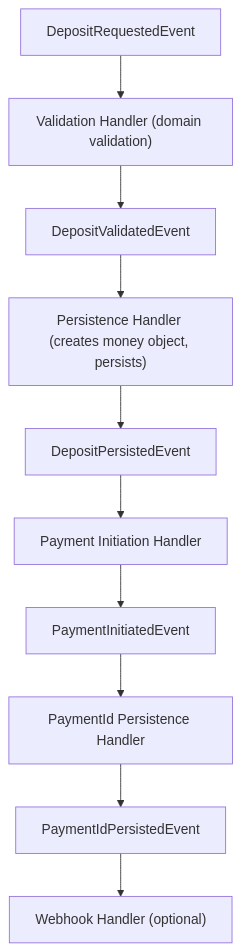
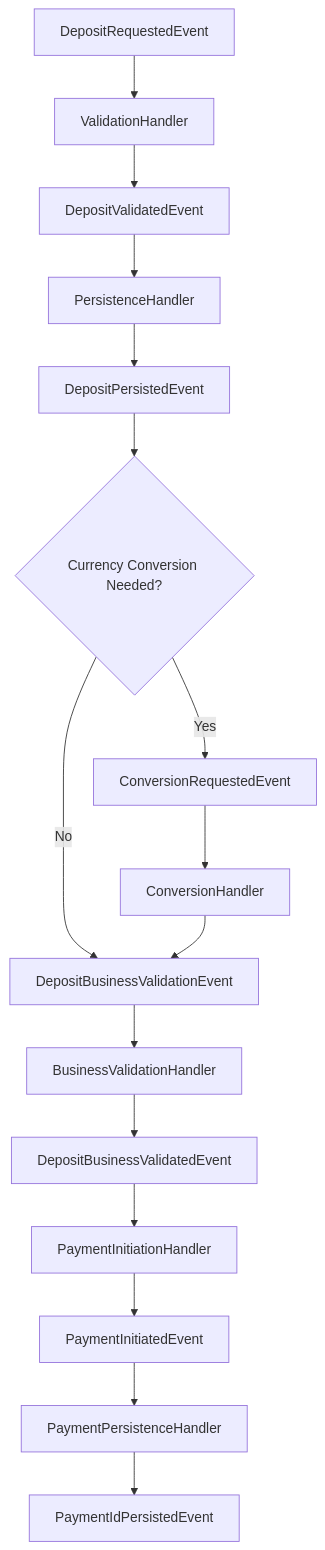
Before and after one commit to amirasaad/fintech: the second of 2 diagrams in docs/refactoring/event-driven-deposit-flow.md, drawn with Mermaid. The commit also changed other lines of this file and 6 other files, not shown here.

First line of the commit message:
docs(workflow): 📚 Update architecture and event-driven docs for deposits and withdrawals

````diff
--- a/docs/refactoring/event-driven-deposit-flow.md
+++ b/docs/refactoring/event-driven-deposit-flow.md
@@ -58,12 +57,18 @@
 ```mermaid
 flowchart TD
-    A["DepositRequestedEvent"] --> B["Validation Handler (domain validation)"]
-    B --> C["DepositValidatedEvent"]
-    C --> D["Persistence Handler (creates money object, persists)"]
-    D --> E["DepositPersistedEvent"]
-    E --> F["Payment Initiation Handler"]
-    F --> G["PaymentInitiatedEvent"]
-    G --> H["PaymentId Persistence Handler"]
-    H --> I["PaymentIdPersistedEvent"]
-    I --> J["Webhook Handler (optional)"]
+    A[DepositRequestedEvent] --> B[ValidationHandler]
+    B --> C[DepositValidatedEvent]
+    C --> D[PersistenceHandler]
+    D --> E[DepositPersistedEvent]
+    E --> F{Currency Conversion Needed?}
+    F -->|Yes| G[ConversionRequestedEvent]
+    F -->|No| H[DepositBusinessValidationEvent]
+    G --> I[ConversionHandler]
+    I --> H
+    H --> J[BusinessValidationHandler]
+    J --> K[DepositBusinessValidatedEvent]
+    K --> L[PaymentInitiationHandler]
+    L --> M[PaymentInitiatedEvent]
+    M --> N[PaymentPersistenceHandler]
+    N --> O[PaymentIdPersistedEvent]
 ```
````
